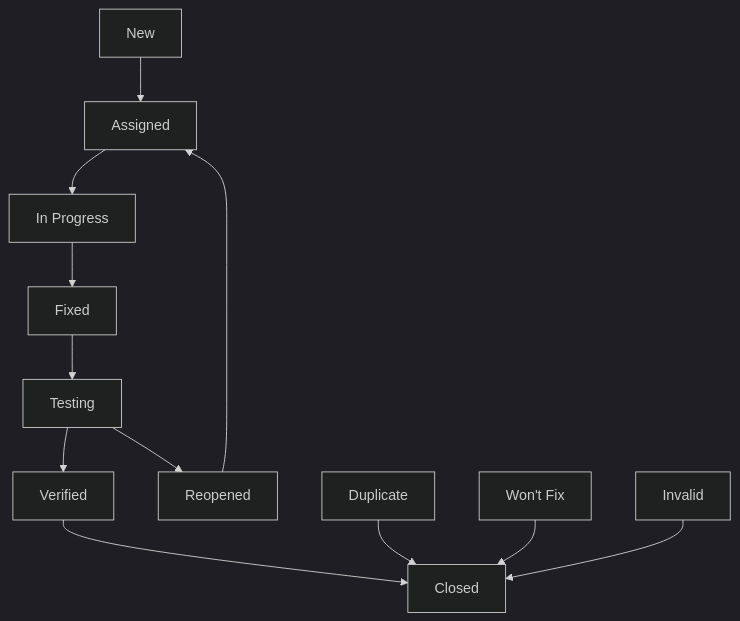
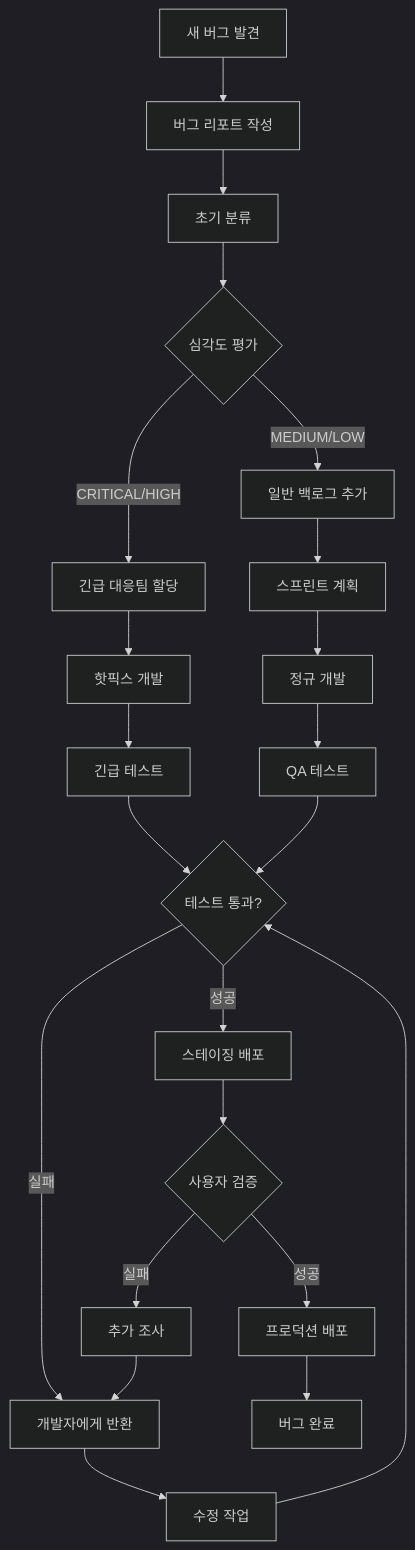
Before and after one commit to merryiscat/GameMasterJJ: the diagram in docs/8_bug_report.md, drawn with Mermaid (dark theme). The commit also changed other lines of this file and 9 other files, not shown here.

````diff
--- a/docs/8_bug_report.md
+++ b/docs/8_bug_report.md
@@ -269,15 +250,32 @@
 ```mermaid
 graph TD
-    A[New] --> B[Assigned]
-    B --> C[In Progress]
-    C --> D[Fixed]
-    D --> E[Testing]
-    E --> F[Verified]
-    E --> G[Reopened]
-    G --> B
-    F --> H[Closed]
+    A[새 버그 발견] --> B[버그 리포트 작성]
+    B --> C[초기 분류]
+    C --> D{심각도 평가}
 
-    I[Duplicate] --> H
-    J[Won't Fix] --> H
-    K[Invalid] --> H
+    D -->|CRITICAL/HIGH| E[긴급 대응팀 할당]
+    D -->|MEDIUM/LOW| F[일반 백로그 추가]
+
+    E --> G[핫픽스 개발]
+    F --> H[스프린트 계획]
+
+    G --> I[긴급 테스트]
+    H --> J[정규 개발]
+    J --> K[QA 테스트]
+
+    I --> L{테스트 통과?}
+    K --> L
+
+    L -->|실패| M[개발자에게 반환]
+    M --> N[수정 작업]
+    N --> L
+
+    L -->|성공| O[스테이징 배포]
+    O --> P{사용자 검증}
+
+    P -->|실패| Q[추가 조사]
+    Q --> M
+
+    P -->|성공| R[프로덕션 배포]
+    R --> S[버그 완료]
 ```
````
